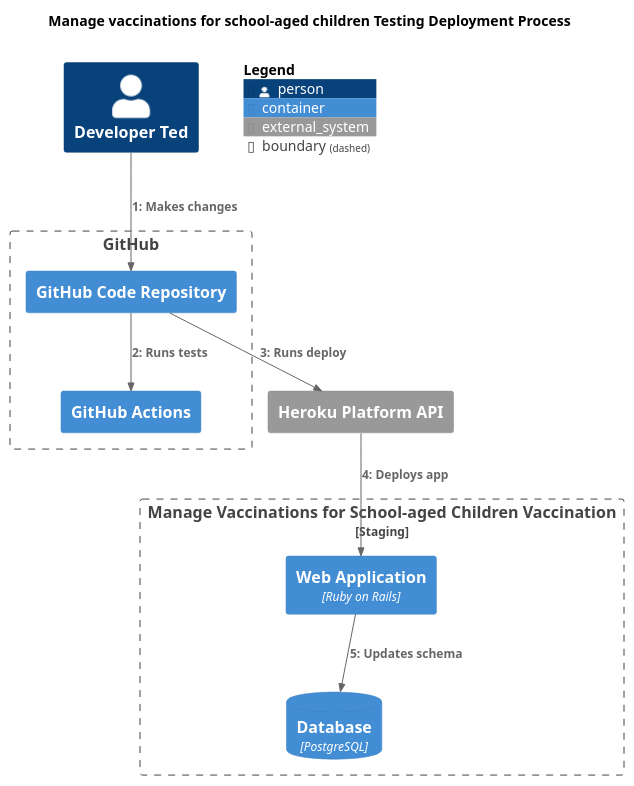
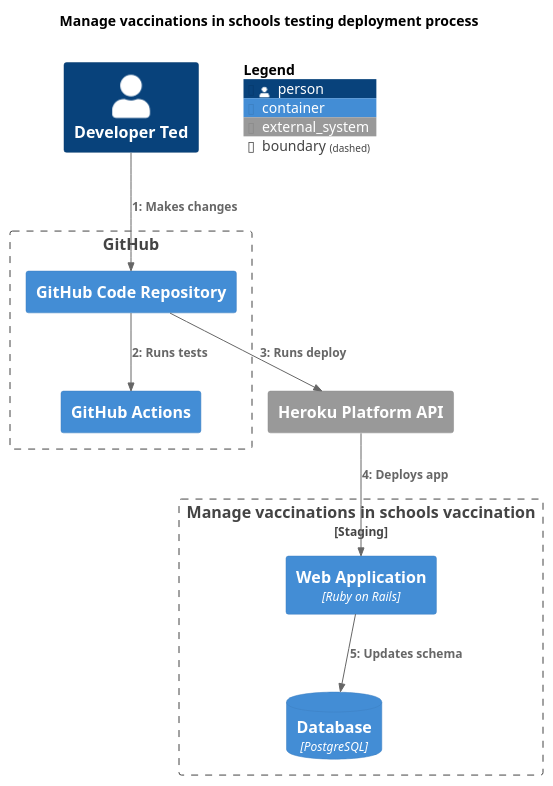
The diagram in docs/diagrams/testing-deployment-process.puml (nhsuk/manage-vaccinations-in-schools), drawn with PlantUML before and after one commit. The commit also changed 20 other files, not shown here.

```diff
--- a/docs/diagrams/testing-deployment-process.puml
+++ b/docs/diagrams/testing-deployment-process.puml
@@ -1,28 +1,28 @@
 @startuml
 
 !include <C4/C4_Dynamic.puml>
 
-title "Manage vaccinations for school-aged children Testing Deployment Process"
+title "Manage vaccinations in schools testing deployment process"
 
 System_Ext(herokuAPI, "Heroku Platform API")
-Boundary(manage, "Manage Vaccinations for School-aged Children Vaccination", "Staging") {
+Boundary(manage, "Manage vaccinations in schools vaccination", "Staging") {
   Container(serverStaging, "Web Application", "Ruby on Rails")
   ContainerDb(dbStaging, "Database", "PostgreSQL")
 }
 
 Person(devT, "Developer Ted")
 
 Boundary(github, "GitHub") {
     Container(repo, "GitHub Code Repository")
     Container(actions, "GitHub Actions")
 }
 
 Rel(devT, repo, "Makes changes")
 Rel(repo, actions, "Runs tests")
 Rel(repo, herokuAPI, "Runs deploy")
 Rel(herokuAPI, serverStaging, "Deploys app")
 Rel(serverStaging, dbStaging, "Updates schema")
 
 SHOW_FLOATING_LEGEND()
 
 @enduml
```
